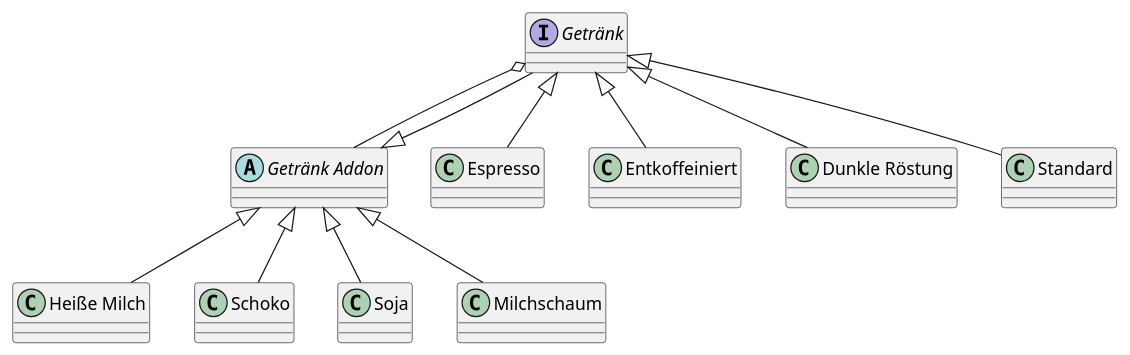
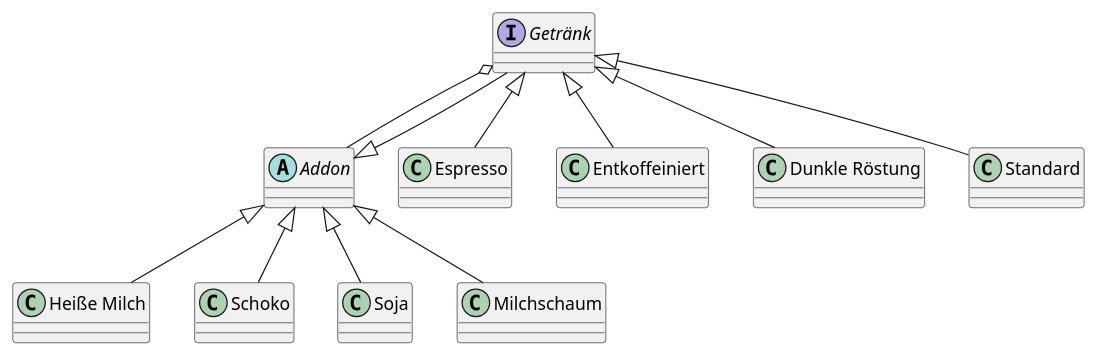
Before and after one commit to K1ntsugi/SoftwareEngineering_2_Vinf5: the diagram in uebung/1/a6_b.plantuml, drawn with PlantUML. The commit also changed 2 other files, not shown here.

```diff
--- a/uebung/1/a6_b.plantuml
+++ b/uebung/1/a6_b.plantuml
@@ -1,29 +1,29 @@
 @startuml Übungseinheit 1 Aufgabe 6 - Decorator
 
 interface "Getränk" as Decorator
-abstract class "Getränk Addon" as Component
+abstract class "Addon" as Component
 
 class "Heiße Milch" as Concrete_Component_1
 class "Schoko" as Concrete_Component_2
 class "Soja" as Concrete_Component_3
 class "Milchschaum" as Concrete_Component_4
 
 class "Espresso" as Concrete_Decorator_1 
 class "Entkoffeiniert" as Concrete_Decorator_2
 class "Dunkle Röstung" as Concrete_Decorator_3
 class "Standard" as Concrete_Decorator_4
 
 
 Decorator o-- Component
 Component <|-- Decorator
 
 Component <|-- Concrete_Component_1
 Component <|-- Concrete_Component_2
 Component <|-- Concrete_Component_3
 Component <|-- Concrete_Component_4
 
 Decorator <|-- Concrete_Decorator_1
 Decorator <|-- Concrete_Decorator_2 
 Decorator <|-- Concrete_Decorator_3 
 Decorator <|-- Concrete_Decorator_4 
 @enduml
```
